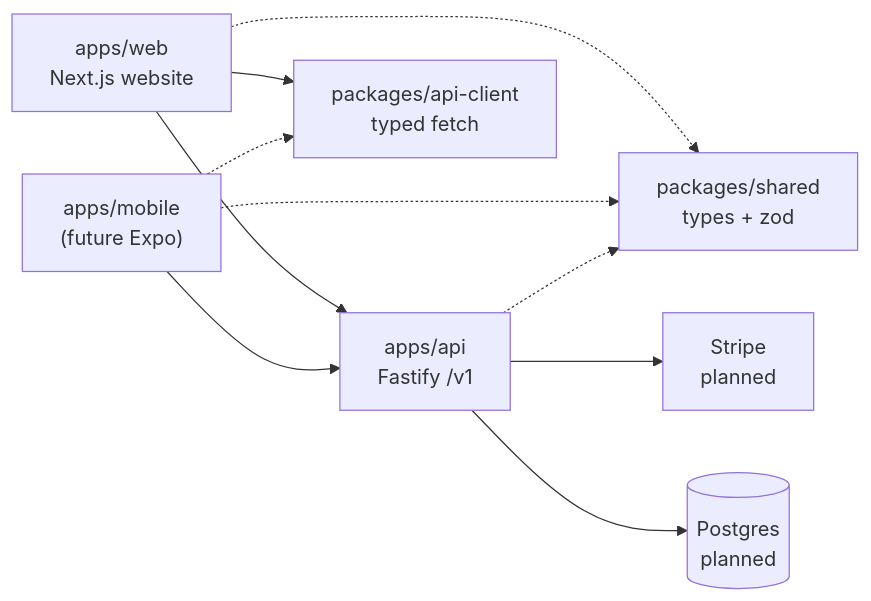
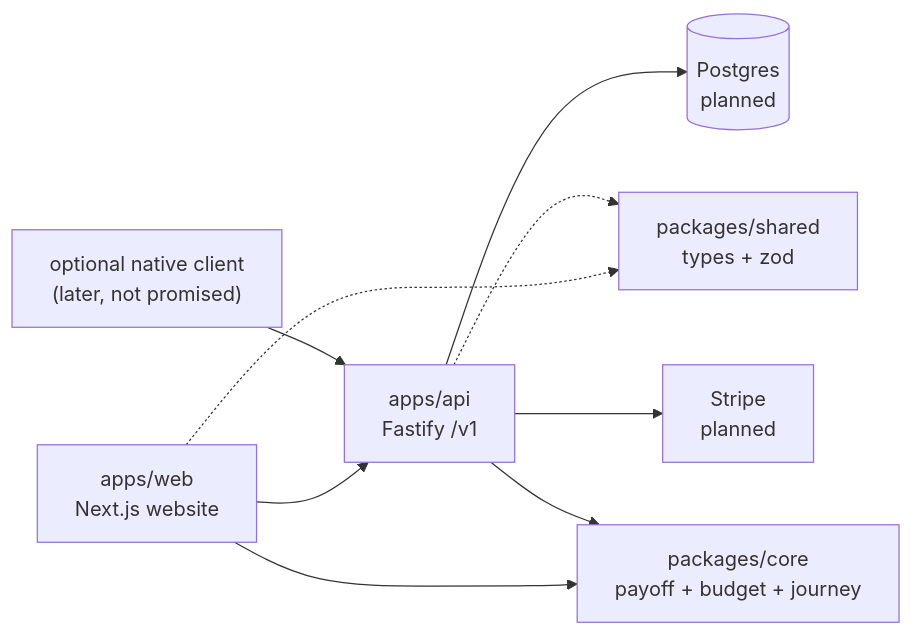
Before and after one commit to 22dmotter/budget-app-motter: the diagram in README.md, drawn with Mermaid. The commit also changed other lines of this file and 40 other files, not shown here.

````diff
--- a/README.md
+++ b/README.md
@@ -54,12 +54,11 @@
 ```mermaid
 flowchart LR
   Web["apps/web\nNext.js website"] --> API["apps/api\nFastify /v1"]
-  Mobile["apps/mobile\n(future Expo)"] --> API
+  Native["optional native client\n(later, not promised)"] --> API
   API --> DB[(Postgres\nplanned)]
   API --> Stripe[Stripe\nplanned]
   Web -.-> Shared["packages/shared\ntypes + zod"]
-  Mobile -.-> Shared
   API -.-> Shared
-  Web --> Client["packages/api-client\ntyped fetch"]
-  Mobile -.-> Client
+  Web --> Core["packages/core\npayoff + budget + journey"]
+  API --> Core
 ```
````
